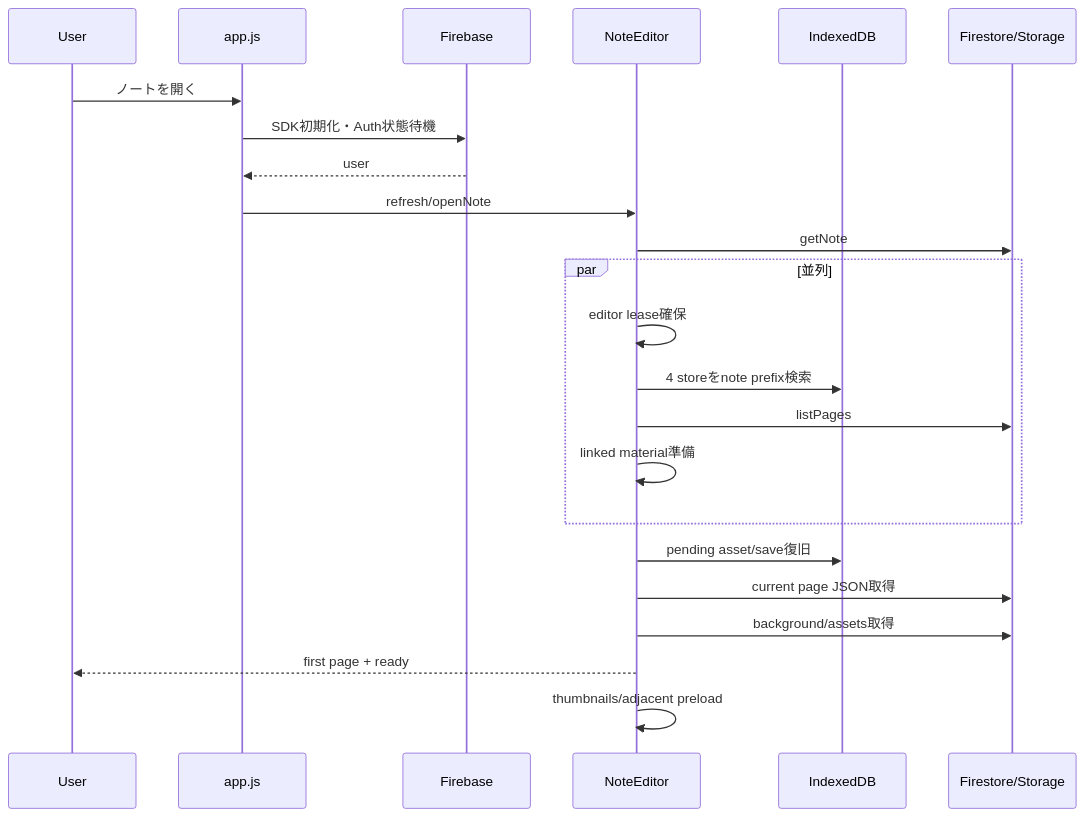
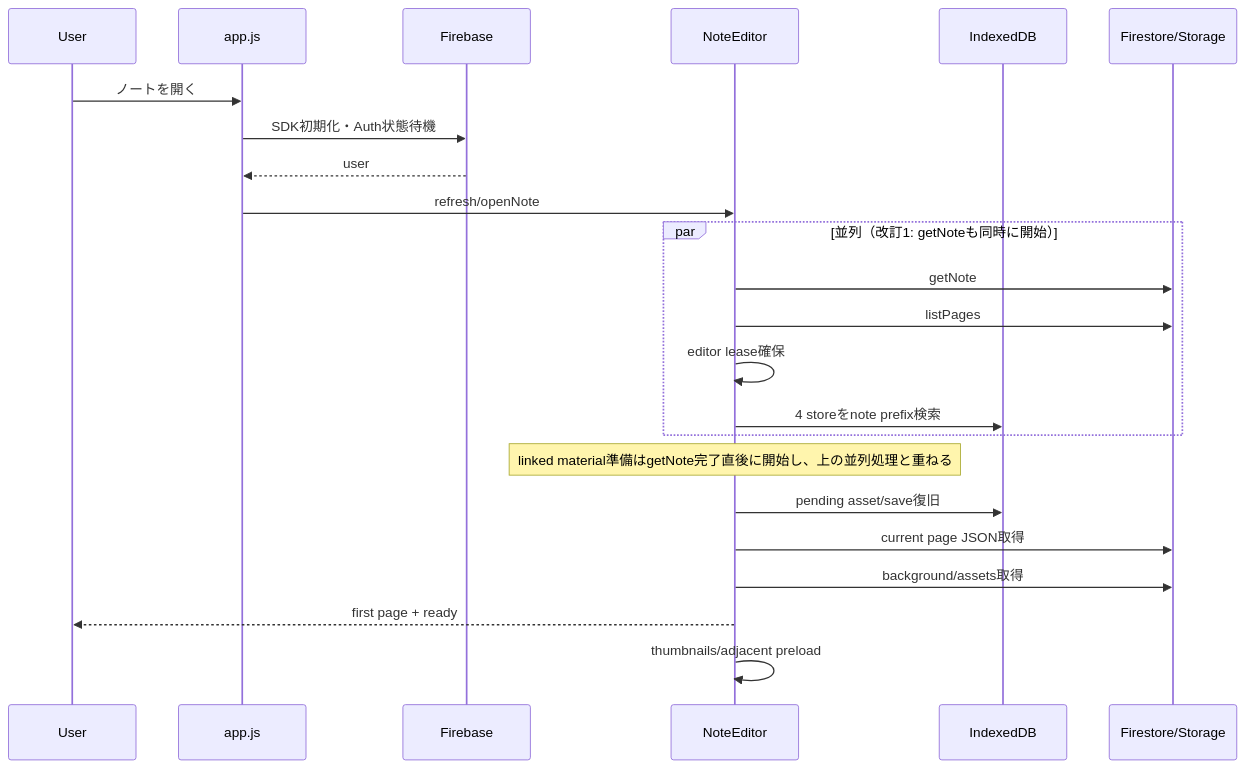
The first of 3 diagrams in docs/Dental_QA_App_学習ノート機能仕様・詳細設計.md (saki0914/dental-qa-app), drawn with Mermaid before and after one commit. The commit also changed other lines of this file, not shown here.

````diff
--- a/docs/Dental_QA_App_学習ノート機能仕様・詳細設計.md
+++ b/docs/Dental_QA_App_学習ノート機能仕様・詳細設計.md
@@ -886,26 +908,26 @@
 ```mermaid
 sequenceDiagram
   participant U as User
   participant A as app.js
   participant F as Firebase
   participant E as NoteEditor
   participant I as IndexedDB
   participant S as Firestore/Storage
 
   U->>A: ノートを開く
   A->>F: SDK初期化・Auth状態待機
   F-->>A: user
   A->>E: refresh/openNote
-  E->>S: getNote
-  par 並列
+  par 並列（改訂1: getNoteも同時に開始）
+    E->>S: getNote
+    E->>S: listPages
     E->>E: editor lease確保
     E->>I: 4 storeをnote prefix検索
-    E->>S: listPages
-    E->>E: linked material準備
   end
+  Note over E: linked material準備はgetNote完了直後に開始し、上の並列処理と重ねる
   E->>I: pending asset/save復旧
   E->>S: current page JSON取得
   E->>S: background/assets取得
   E-->>U: first page + ready
   E->>E: thumbnails/adjacent preload
 ```
````
